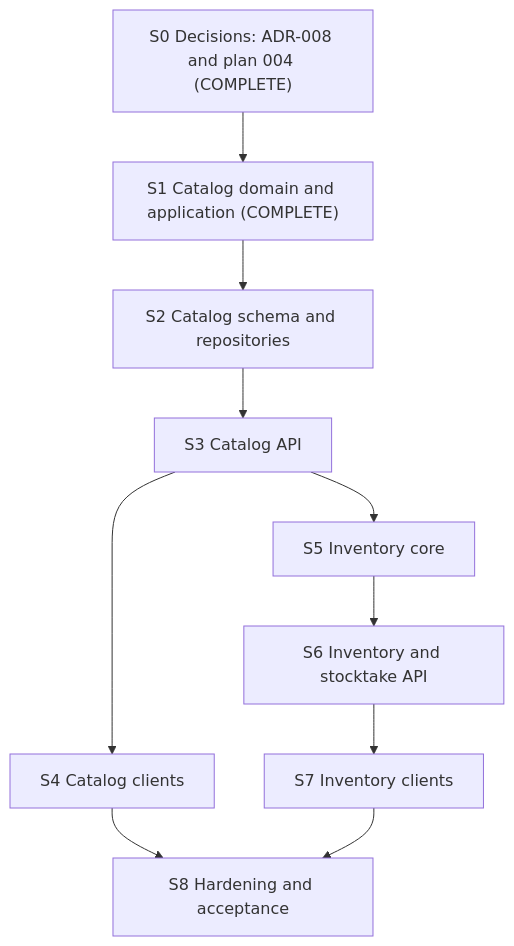
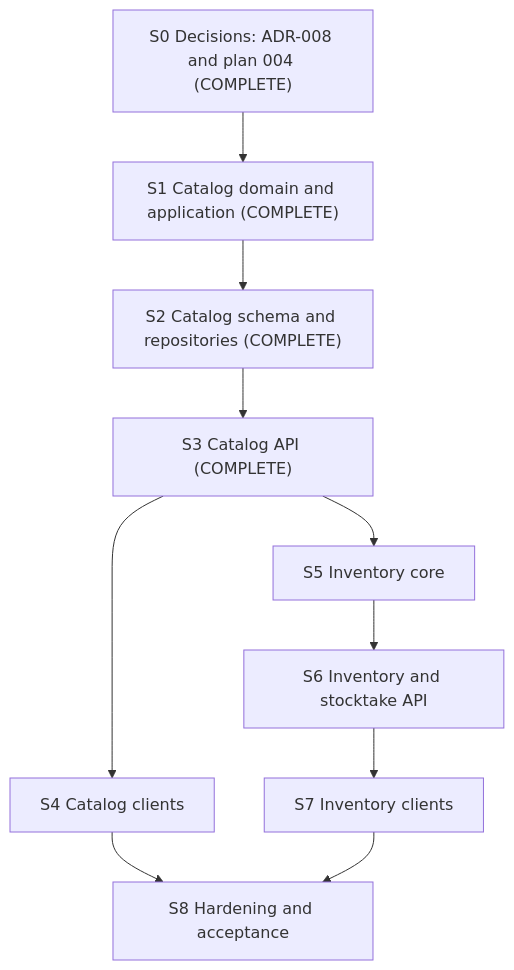
The diagram in docs/plans/004-build-2-catalog-inventory.md (lumzeegates123/tali), drawn with Mermaid before and after one commit. The commit also changed other lines of this file and 33 other files, not shown here.

Commit message:
feat: implement Build 2 catalog API

````diff
--- a/docs/plans/004-build-2-catalog-inventory.md
+++ b/docs/plans/004-build-2-catalog-inventory.md
@@ -35,12 +38,12 @@
 ```mermaid
 flowchart TD
   S0["S0 Decisions: ADR-008 and plan 004 (COMPLETE)"] --> S1["S1 Catalog domain and application (COMPLETE)"]
-  S1 --> S2["S2 Catalog schema and repositories"]
-  S2 --> S3["S3 Catalog API"]
+  S1 --> S2["S2 Catalog schema and repositories (COMPLETE)"]
+  S2 --> S3["S3 Catalog API (COMPLETE)"]
   S3 --> S4["S4 Catalog clients"]
   S3 --> S5["S5 Inventory core"]
   S5 --> S6["S6 Inventory and stocktake API"]
   S6 --> S7["S7 Inventory clients"]
   S4 --> S8["S8 Hardening and acceptance"]
   S7 --> S8
 ```
````
